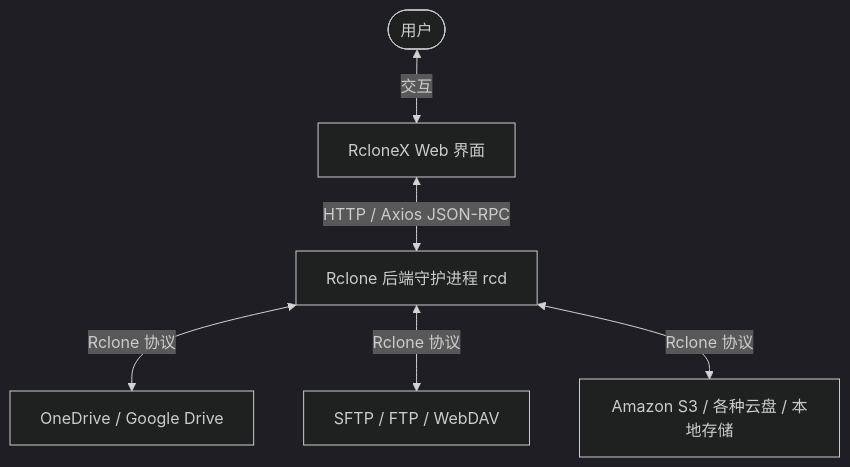
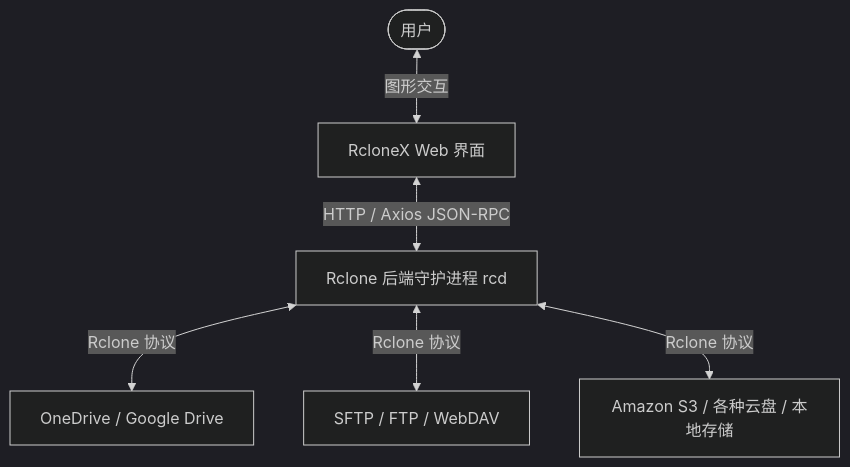
The diagram in README.md (hurole/RcloneX), drawn with Mermaid (dark theme) before and after one commit. The commit also changed other lines of this file and 2 other files, not shown here.

````diff
--- a/README.md
+++ b/README.md
@@ -30,8 +48,8 @@
 ```mermaid
 graph TD
-    User([用户]) <-->|交互| UI[RcloneX Web 界面]
+    User([用户]) <-->|图形交互| UI[RcloneX Web 界面]
     UI <-->|HTTP / Axios JSON-RPC| RClone[Rclone 后端守护进程 rcd]
     RClone <-->|Rclone 协议| Remote1[OneDrive / Google Drive]
     RClone <-->|Rclone 协议| Remote2[SFTP / FTP / WebDAV]
     RClone <-->|Rclone 协议| Remote3[Amazon S3 / 各种云盘 / 本地存储]
 ```
````
